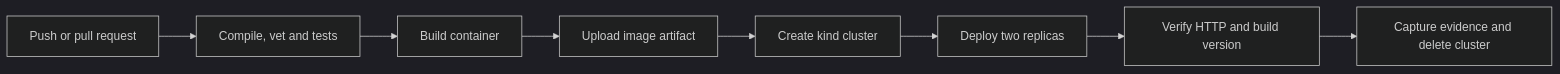
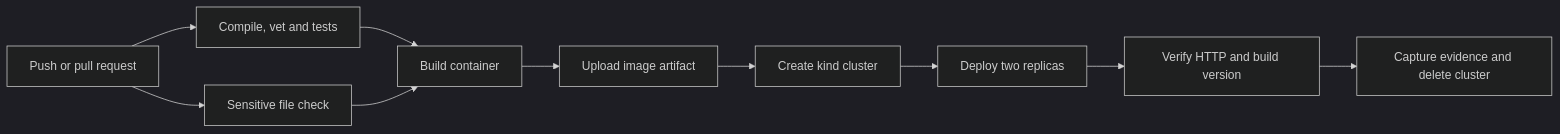
The diagram in README.md (vimalyad/devops-cicd-demo), drawn with Mermaid (dark theme) before and after one commit. The commit also changed other lines of this file and 2 other files, not shown here.

Commit message:
Gate container builds on the classroom sensitive-file check

````diff
--- a/README.md
+++ b/README.md
@@ -37,10 +37,12 @@
 ```mermaid
 flowchart LR
     A[Push or pull request] --> B[Compile, vet and tests]
+    A --> S[Sensitive file check]
     B --> C[Build container]
+    S --> C
     C --> D[Upload image artifact]
     D --> E[Create kind cluster]
     E --> F[Deploy two replicas]
     F --> G[Verify HTTP and build version]
     G --> H[Capture evidence and delete cluster]
 ```
````
